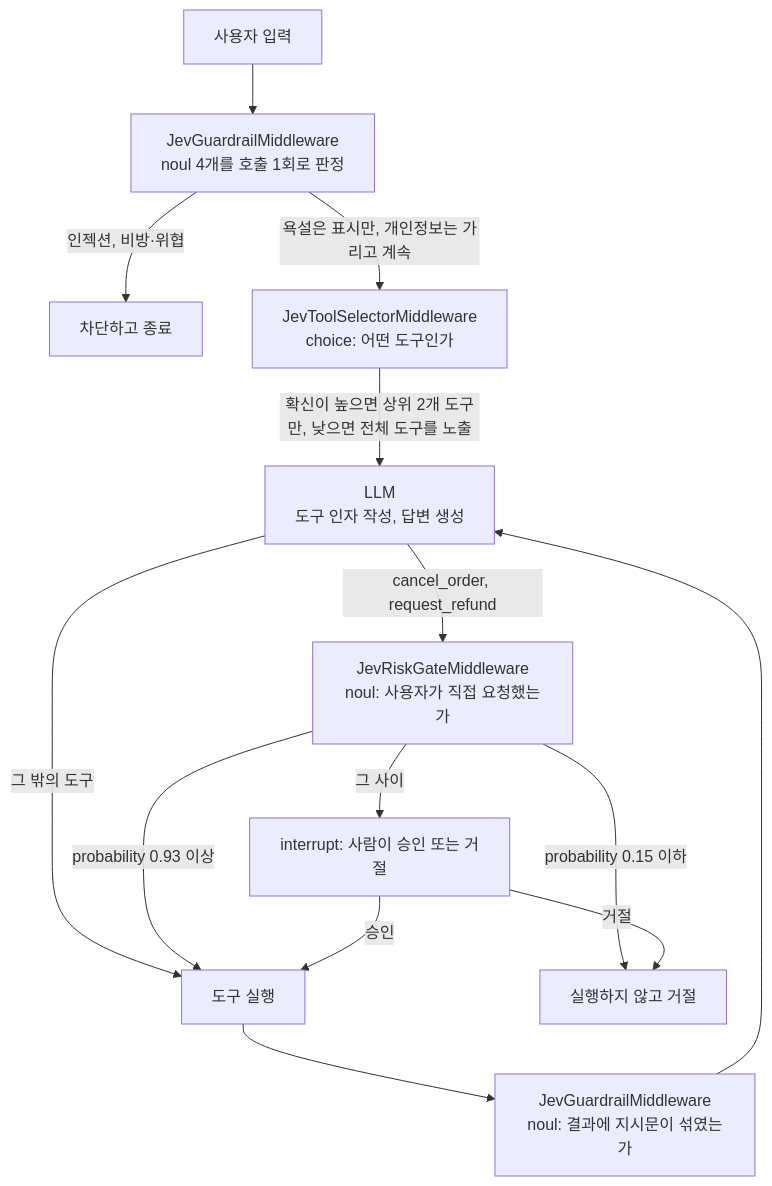
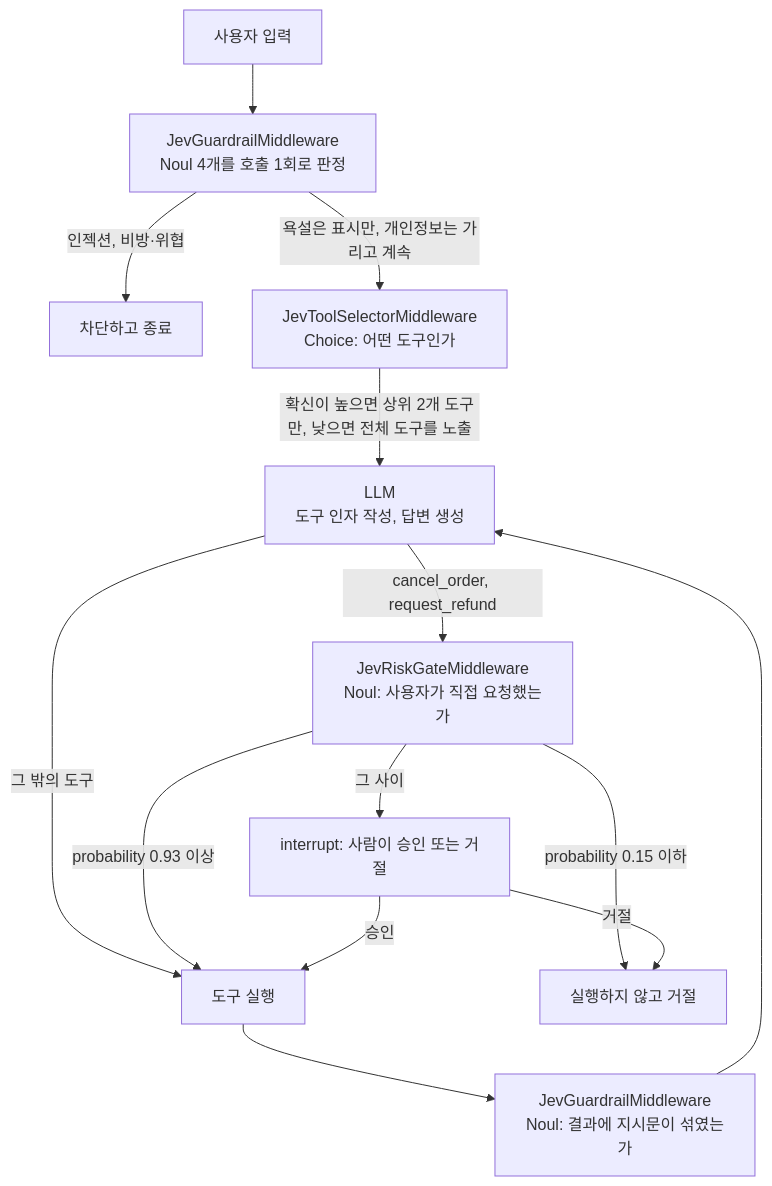
The diagram in README.md (kimmans/fastcampus-jev), drawn with Mermaid before and after one commit. The commit also changed other lines of this file and 13 other files, not shown here.

First line of the commit message:
docs(notebooks): write question types as Choice, Score, Noul

````diff
--- a/README.md
+++ b/README.md
@@ -149,16 +119,16 @@
 ```mermaid
 flowchart TD
-    U["사용자 입력"] --> G1["JevGuardrailMiddleware<br/>noul 4개를 호출 1회로 판정"]
+    U["사용자 입력"] --> G1["JevGuardrailMiddleware<br/>Noul 4개를 호출 1회로 판정"]
     G1 -->|"인젝션, 비방·위협"| B1["차단하고 종료"]
-    G1 -->|"욕설은 표시만, 개인정보는 가리고 계속"| S["JevToolSelectorMiddleware<br/>choice: 어떤 도구인가"]
+    G1 -->|"욕설은 표시만, 개인정보는 가리고 계속"| S["JevToolSelectorMiddleware<br/>Choice: 어떤 도구인가"]
     S -->|"확신이 높으면 상위 2개 도구만, 낮으면 전체 도구를 노출"| L["LLM<br/>도구 인자 작성, 답변 생성"]
-    L -->|"cancel_order, request_refund"| R["JevRiskGateMiddleware<br/>noul: 사용자가 직접 요청했는가"]
+    L -->|"cancel_order, request_refund"| R["JevRiskGateMiddleware<br/>Noul: 사용자가 직접 요청했는가"]
     L -->|"그 밖의 도구"| T["도구 실행"]
     R -->|"probability 0.93 이상"| T
     R -->|"probability 0.15 이하"| B2["실행하지 않고 거절"]
     R -->|"그 사이"| H["interrupt: 사람이 승인 또는 거절"]
     H -->|"승인"| T
     H -->|"거절"| B2
-    T --> G2["JevGuardrailMiddleware<br/>noul: 결과에 지시문이 섞였는가"]
+    T --> G2["JevGuardrailMiddleware<br/>Noul: 결과에 지시문이 섞였는가"]
     G2 --> L
 ```
````
